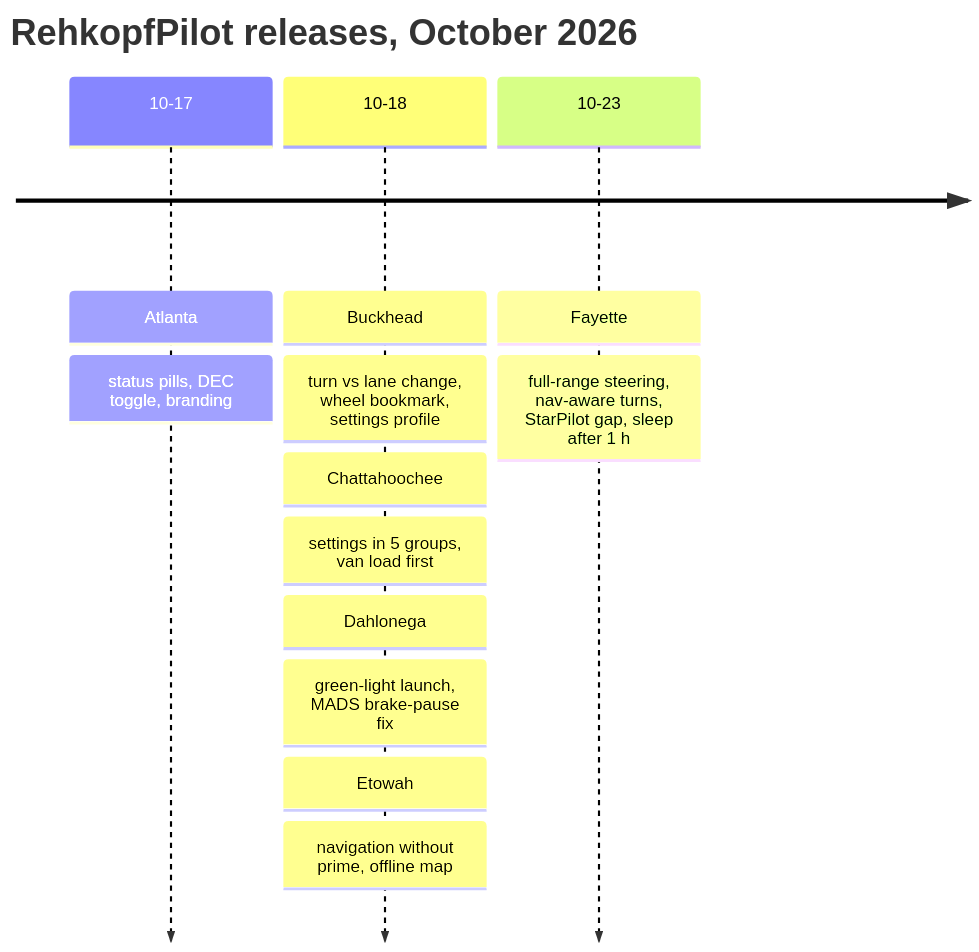
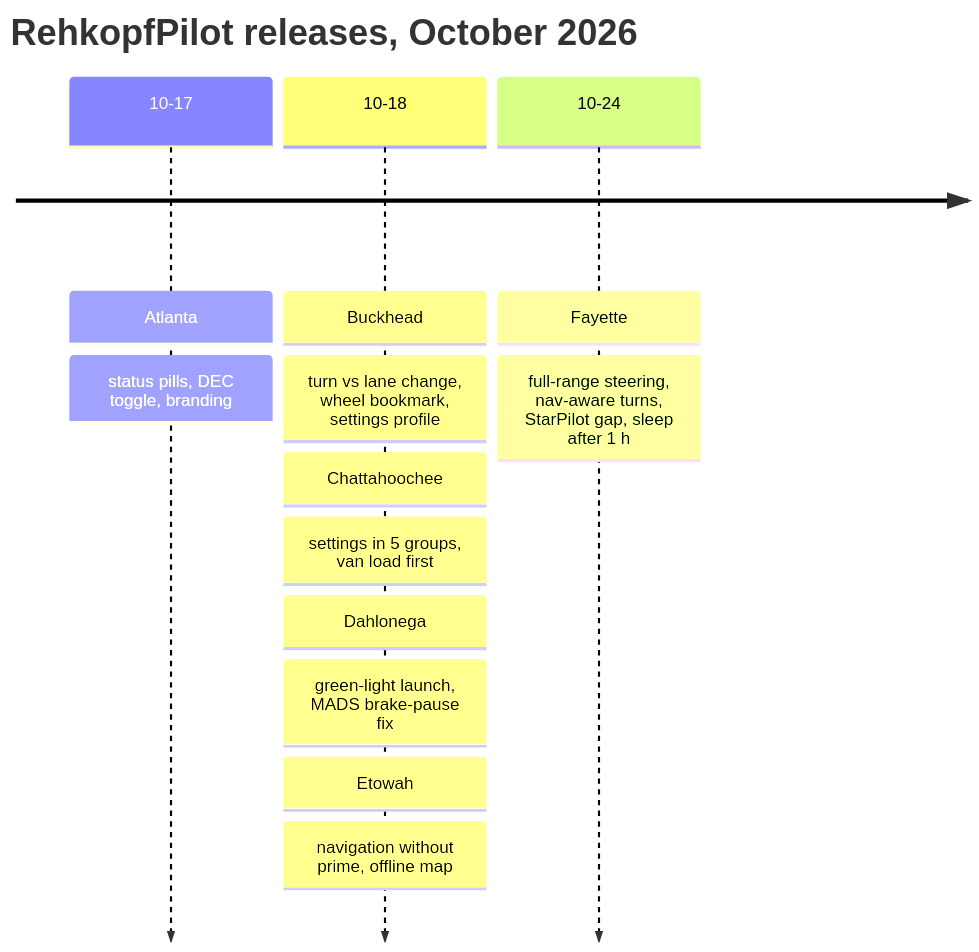
The fourth of 5 diagrams in docs/rehkopfpilot/release-process.md (prehkopf/openpilot), drawn with Mermaid before and after one commit. The commit also changed 2 other files, not shown here.

Commit message:
Fayette: 2026.10.24
Release date moved to the push date.

````diff
--- a/docs/rehkopfpilot/release-process.md
+++ b/docs/rehkopfpilot/release-process.md
@@ -65,10 +65,10 @@
 ```mermaid
 timeline
   title RehkopfPilot releases, October 2026
   10-17 : Atlanta : status pills, DEC toggle, branding
   10-18 : Buckhead : turn vs lane change, wheel bookmark, settings profile
         : Chattahoochee : settings in 5 groups, van load first
         : Dahlonega : green-light launch, MADS brake-pause fix
         : Etowah : navigation without prime, offline map
-  10-23 : Fayette : full-range steering, nav-aware turns, StarPilot gap, sleep after 1 h
+  10-24 : Fayette : full-range steering, nav-aware turns, StarPilot gap, sleep after 1 h
 ```
````
